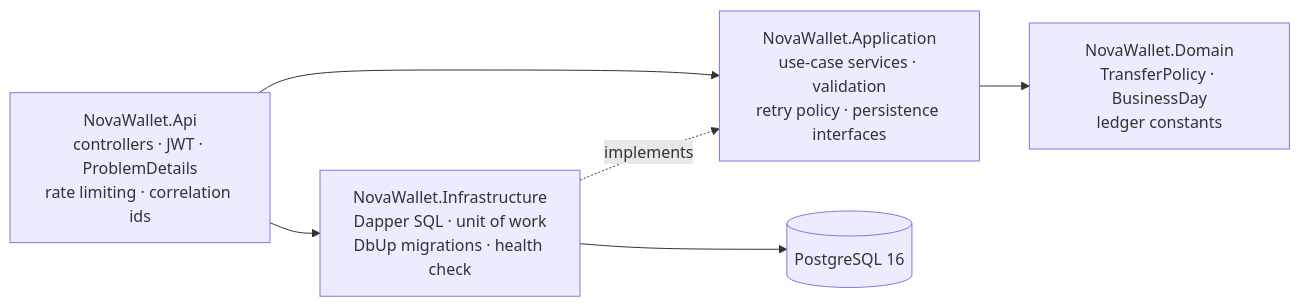
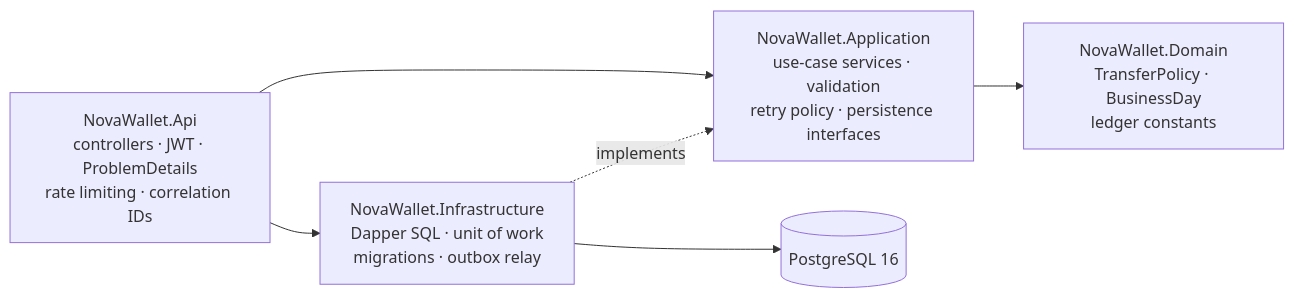
The diagram in README.md (Tashy009/NovaWallet-Assessment-Taofeek-Shittu), drawn with Mermaid before and after one commit. The commit also changed other lines of this file and 24 other files, not shown here.

````diff
--- a/README.md
+++ b/README.md
@@ -114,13 +59,13 @@
 ```mermaid
 flowchart LR
-    Api["NovaWallet.Api<br/>controllers · JWT · ProblemDetails<br/>rate limiting · correlation ids"]
+    Api["NovaWallet.Api<br/>controllers · JWT · ProblemDetails<br/>rate limiting · correlation IDs"]
     App["NovaWallet.Application<br/>use-case services · validation<br/>retry policy · persistence interfaces"]
     Dom["NovaWallet.Domain<br/>TransferPolicy · BusinessDay<br/>ledger constants"]
-    Infra["NovaWallet.Infrastructure<br/>Dapper SQL · unit of work<br/>DbUp migrations · health check"]
+    Infra["NovaWallet.Infrastructure<br/>Dapper SQL · unit of work<br/>migrations · outbox relay"]
     DB[(PostgreSQL 16)]
 
     Api --> App --> Dom
     Infra -. implements .-> App
     Api --> Infra
     Infra --> DB
 ```
````
